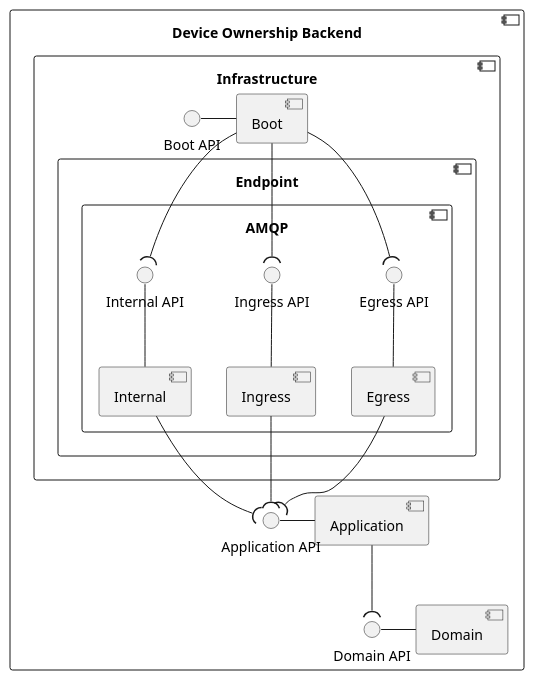
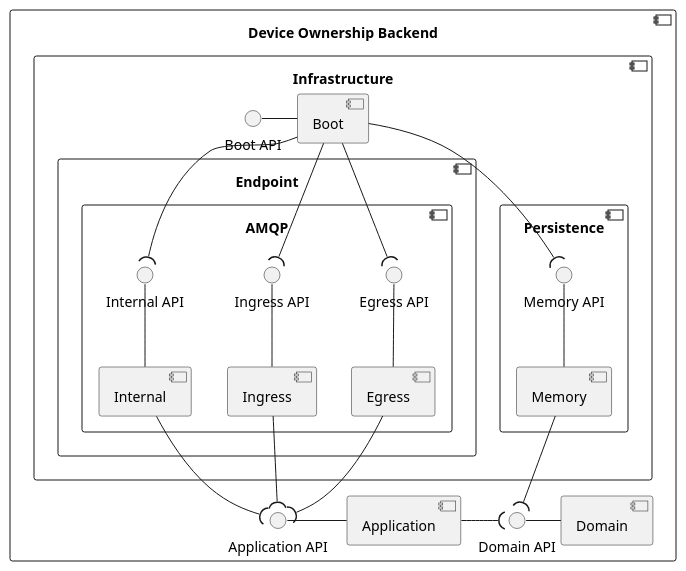
The diagram in assets/diagrams/design/architectural/level3/logical/device-ownership-backend.pu (FilipeMCruz/dissertation), drawn with PlantUML before and after one commit. The commit also changed 27 other files, not shown here.

```diff
--- a/assets/diagrams/design/architectural/level3/logical/device-ownership-backend.pu
+++ b/assets/diagrams/design/architectural/level3/logical/device-ownership-backend.pu
@@ -1,42 +1,50 @@
 @startuml device-ownership-backend
 
 component "Device Ownership Backend" {
     component "Application" as APP
     component "Domain" as DOM
     component "Infrastructure" as INFRA {
         component "Boot" as BOOT
         component "Endpoint" as ENDPOINT {
             component "AMQP" as AMQP {
                 component "Egress" as EGRESS
                 component "Ingress" as INGRESS
                 component "Internal" as INTERNAL
                 interface "Egress API" as EGRESS_API
                 interface "Ingress API" as INGRESS_API
                 interface "Internal API" as INTERNAL_API
             }
         }
+        component "Persistence" as PRESIST {
+            component "Memory" as MEM
+            interface "Memory API" as MEM_API
+        }
         interface "Boot API" as BOOT_API
     }
 
     interface "Application API" as APP_API
     interface "Domain API" as DOM_API
 
     DOM_API - DOM
+
+    MEM_API -- MEM
 
     EGRESS_API -- EGRESS
     INGRESS_API -- INGRESS
     INTERNAL_API -- INTERNAL
 
     APP_API - APP
     BOOT_API - BOOT
 
     EGRESS --( APP_API
     INGRESS --( APP_API
     INTERNAL --( APP_API
-    APP --( DOM_API
+    APP -( DOM_API
+    MEM -( DOM_API
     BOOT --( INTERNAL_API
     BOOT --( EGRESS_API
     BOOT --( INGRESS_API
+    BOOT --( MEM_API
 }
 
 @enduml
```
